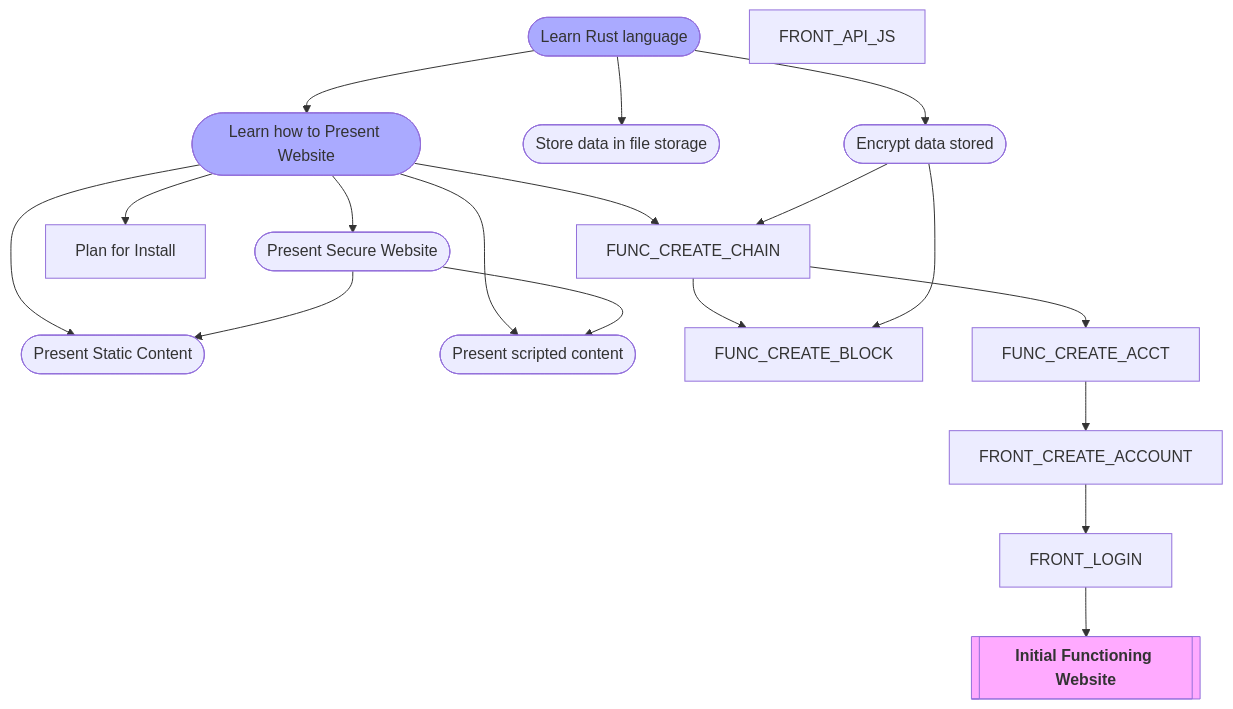
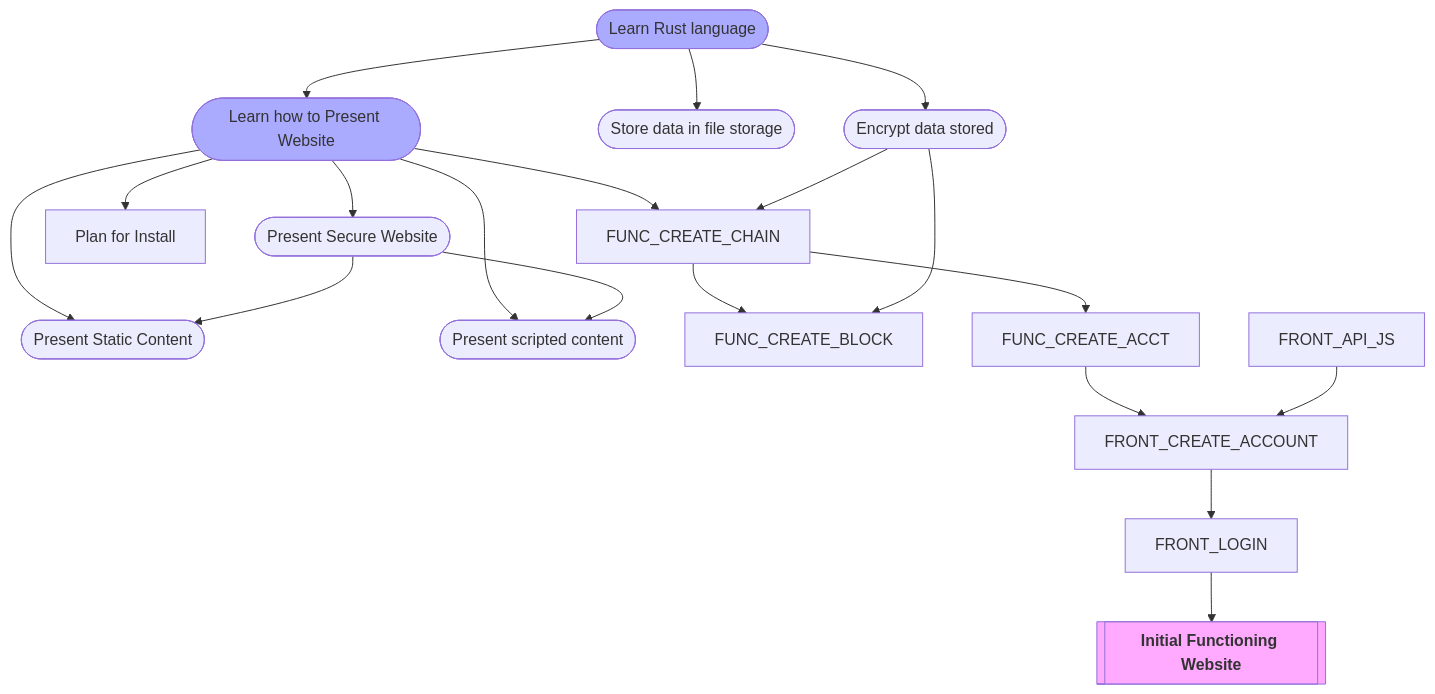
Before and after one commit to clintwebb/backend: the first of 2 diagrams in ProjectPlan.md, drawn with Mermaid.

Commit message:
Init plan

```diff
--- a/ProjectPlan.md
+++ b/ProjectPlan.md
@@ -72,11 +72,12 @@
     FUNC_CREATE_ACCT
     FUNC_CREATE_CHAIN --> FUNC_CREATE_ACCT
 
-    %% 
+    %% We want a Javascript static file that can be provided to consumers which will easily interact with backend.
     FRONT_API_JS
     
     FRONT_CREATE_ACCOUNT
     FUNC_CREATE_ACCT --> FRONT_CREATE_ACCOUNT
+    FRONT_API_JS     --> FRONT_CREATE_ACCOUNT
 
     FRONT_LOGIN  --> TARGET
     FRONT_CREATE_ACCOUNT --> FRONT_LOGIN
```
